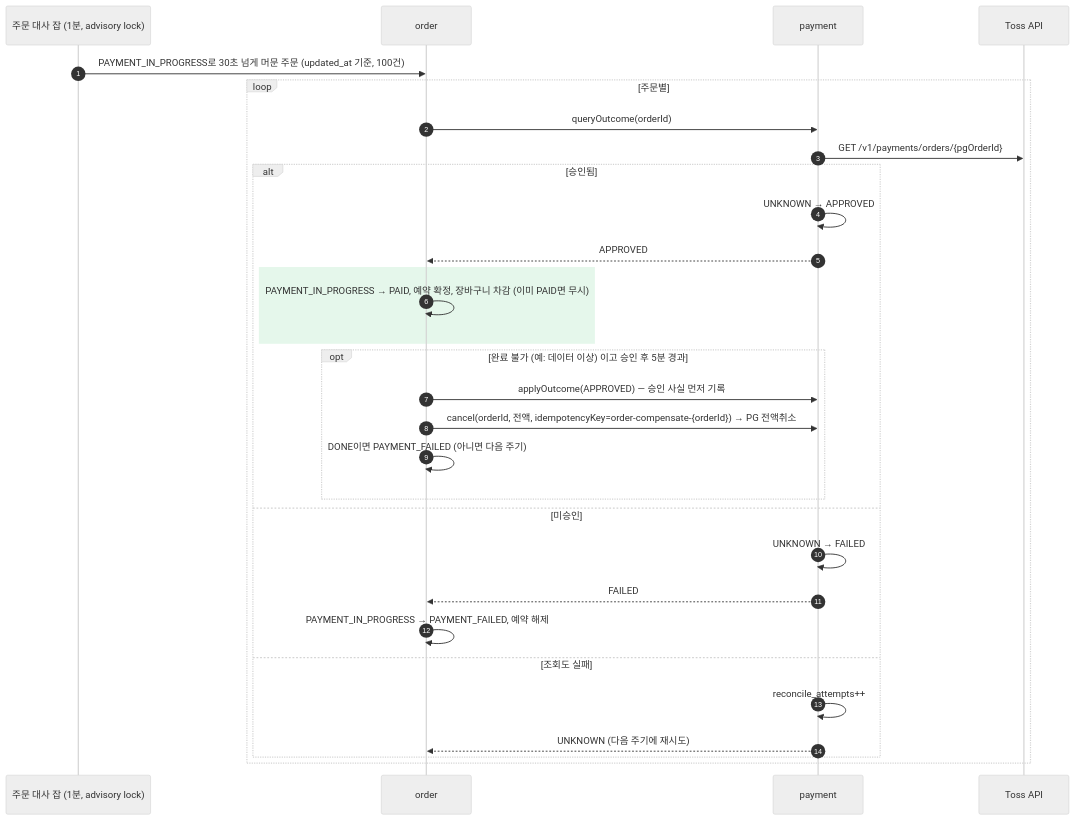
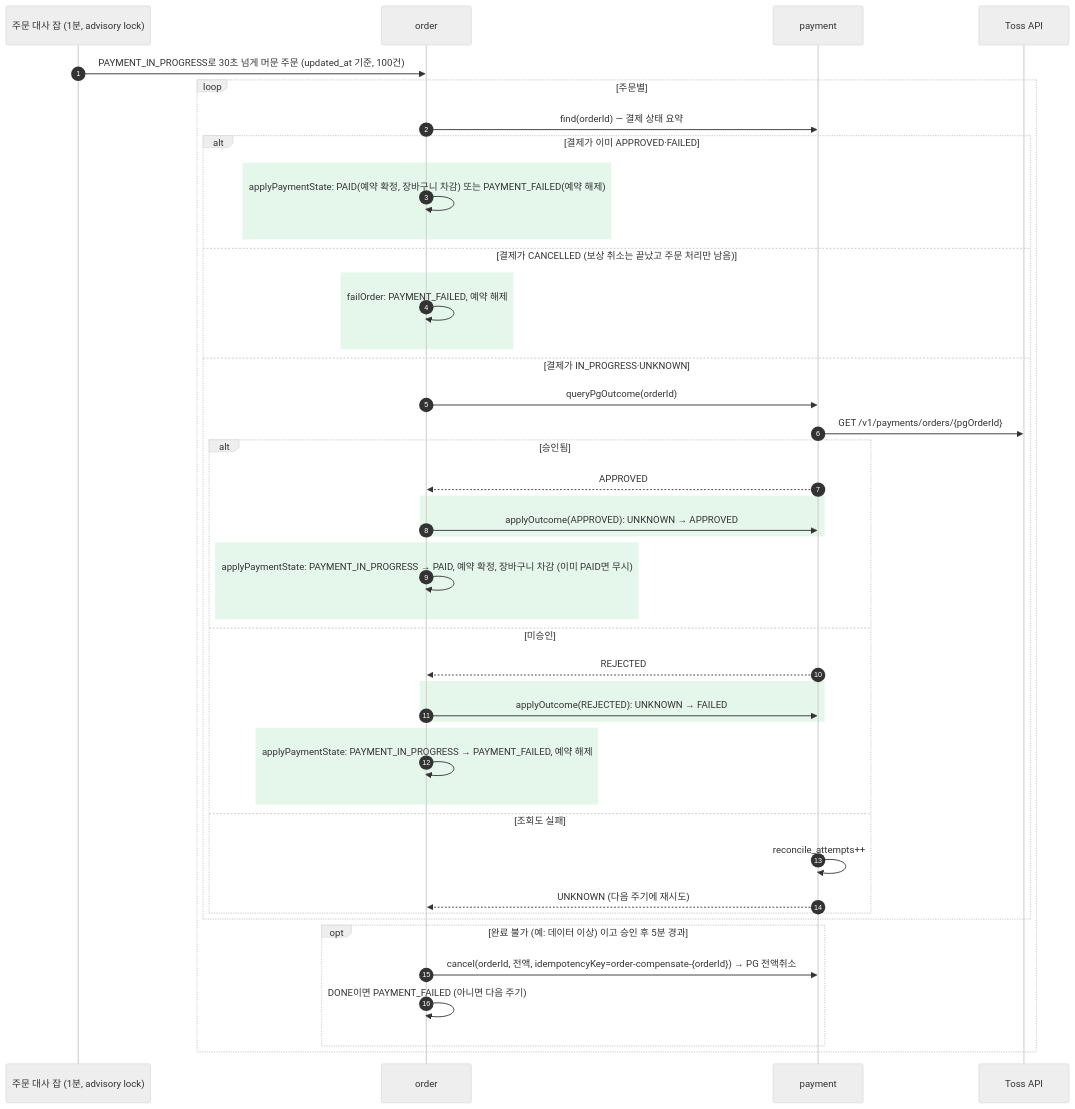
One commit to 95twan/myroutine-v2 changed the third of 10 diagrams in docs/02-design/06-sequences.md. Above: the diagram before and after it, drawn with Mermaid (neutral theme). The commit also changed other lines of this file and 33 other files, not shown here.

````diff
--- a/docs/02-design/06-sequences.md
+++ b/docs/02-design/06-sequences.md
@@ -73,32 +75,48 @@
 ```mermaid
 sequenceDiagram
   autonumber
   participant J as 주문 대사 잡 (1분, advisory lock)
   participant O as order
   participant P as payment
   participant PG as Toss API
   J->>O: PAYMENT_IN_PROGRESS로 30초 넘게 머문 주문 (updated_at 기준, 100건)
   loop 주문별
-    O->>P: queryOutcome(orderId)
-    P->>PG: GET /v1/payments/orders/{pgOrderId}
-    alt 승인됨
-      P->>P: UNKNOWN → APPROVED
-      P-->>O: APPROVED
+    O->>P: find(orderId) — 결제 상태 요약
+    alt 결제가 이미 APPROVED·FAILED
       rect rgba(80,200,120,0.15)
-        O->>O: PAYMENT_IN_PROGRESS → PAID, 예약 확정, 장바구니 차감 (이미 PAID면 무시)
+        O->>O: applyPaymentState: PAID(예약 확정, 장바구니 차감) 또는 PAYMENT_FAILED(예약 해제)
       end
-      opt 완료 불가 (예: 데이터 이상) 이고 승인 후 5분 경과
-        O->>P: applyOutcome(APPROVED) — 승인 사실 먼저 기록
-        O->>P: cancel(orderId, 전액, idempotencyKey=order-compensate-{orderId}) → PG 전액취소
-        O->>O: DONE이면 PAYMENT_FAILED (아니면 다음 주기)
+    else 결제가 CANCELLED (보상 취소는 끝났고 주문 처리만 남음)
+      rect rgba(80,200,120,0.15)
+        O->>O: failOrder: PAYMENT_FAILED, 예약 해제
       end
-    else 미승인
-      P->>P: UNKNOWN → FAILED
-      P-->>O: FAILED
-      O->>O: PAYMENT_IN_PROGRESS → PAYMENT_FAILED, 예약 해제
-    else 조회도 실패
-      P->>P: reconcile_attempts++
-      P-->>O: UNKNOWN (다음 주기에 재시도)
+    else 결제가 IN_PROGRESS·UNKNOWN
+      O->>P: queryPgOutcome(orderId)
+      P->>PG: GET /v1/payments/orders/{pgOrderId}
+      alt 승인됨
+        P-->>O: APPROVED
+        rect rgba(80,200,120,0.15)
+          O->>P: applyOutcome(APPROVED): UNKNOWN → APPROVED
+        end
+        rect rgba(80,200,120,0.15)
+          O->>O: applyPaymentState: PAYMENT_IN_PROGRESS → PAID, 예약 확정, 장바구니 차감 (이미 PAID면 무시)
+        end
+      else 미승인
+        P-->>O: REJECTED
+        rect rgba(80,200,120,0.15)
+          O->>P: applyOutcome(REJECTED): UNKNOWN → FAILED
+        end
+        rect rgba(80,200,120,0.15)
+          O->>O: applyPaymentState: PAYMENT_IN_PROGRESS → PAYMENT_FAILED, 예약 해제
+        end
+      else 조회도 실패
+        P->>P: reconcile_attempts++
+        P-->>O: UNKNOWN (다음 주기에 재시도)
+      end
+    end
+    opt 완료 불가 (예: 데이터 이상) 이고 승인 후 5분 경과
+      O->>P: cancel(orderId, 전액, idempotencyKey=order-compensate-{orderId}) → PG 전액취소
+      O->>O: DONE이면 PAYMENT_FAILED (아니면 다음 주기)
     end
   end
 ```
````
